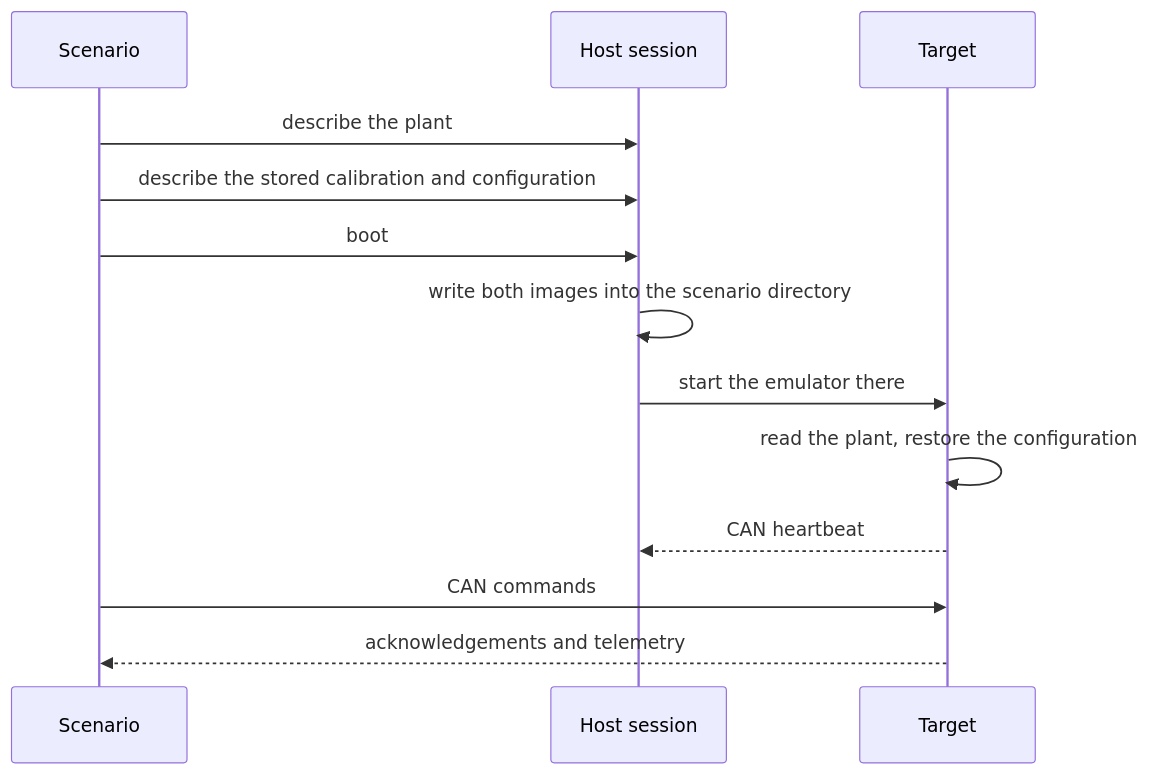
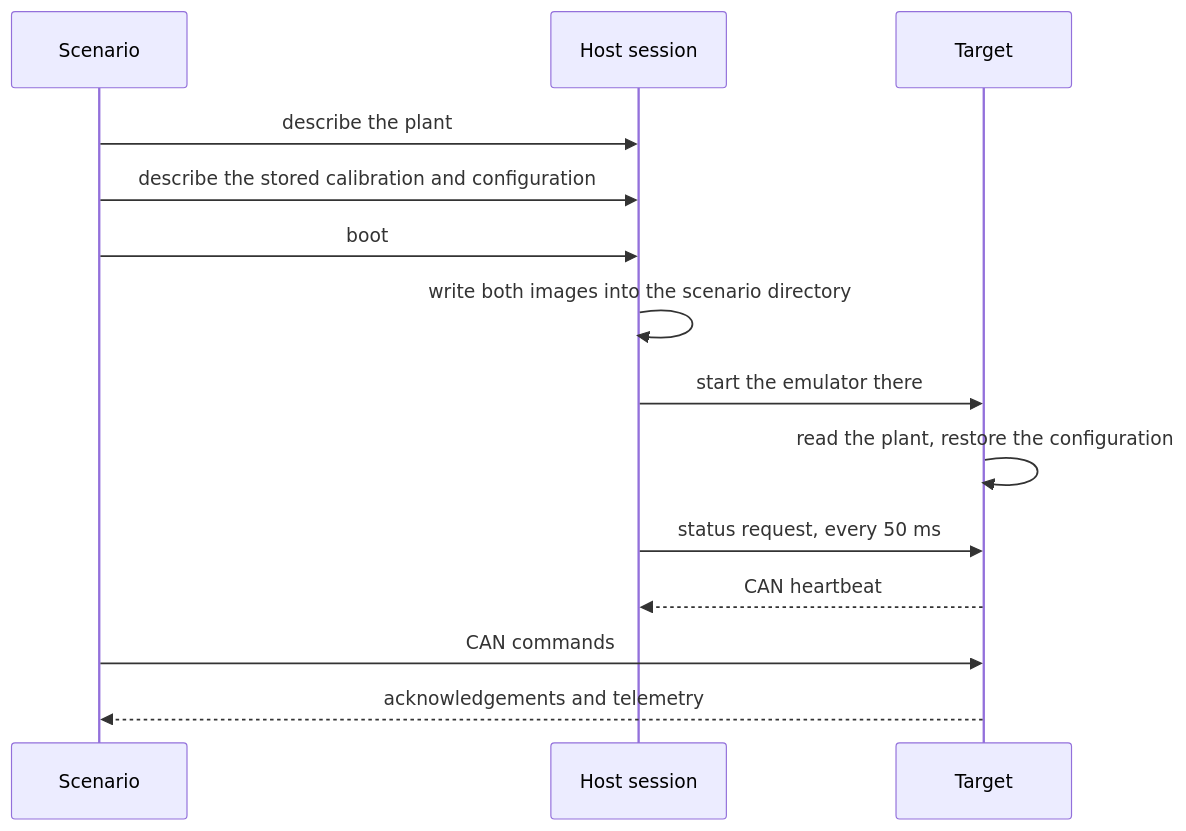
The second of 5 diagrams in documentation/design/software-in-the-loop.md (embedded-pro/e-foc), drawn with Mermaid before and after one commit. The commit also changed other lines of this file and 37 other files, not shown here.

````diff
--- a/documentation/design/software-in-the-loop.md
+++ b/documentation/design/software-in-the-loop.md
@@ -138,15 +147,16 @@
 ```mermaid
 sequenceDiagram
     participant S as Scenario
     participant H as Host session
     participant T as Target
     S->>H: describe the plant
     S->>H: describe the stored calibration and configuration
     S->>H: boot
     H->>H: write both images into the scenario directory
     H->>T: start the emulator there
     T->>T: read the plant, restore the configuration
+    H->>T: status request, every 50 ms
     T-->>H: CAN heartbeat
     S->>T: CAN commands
     T-->>S: acknowledgements and telemetry
 ```
````
